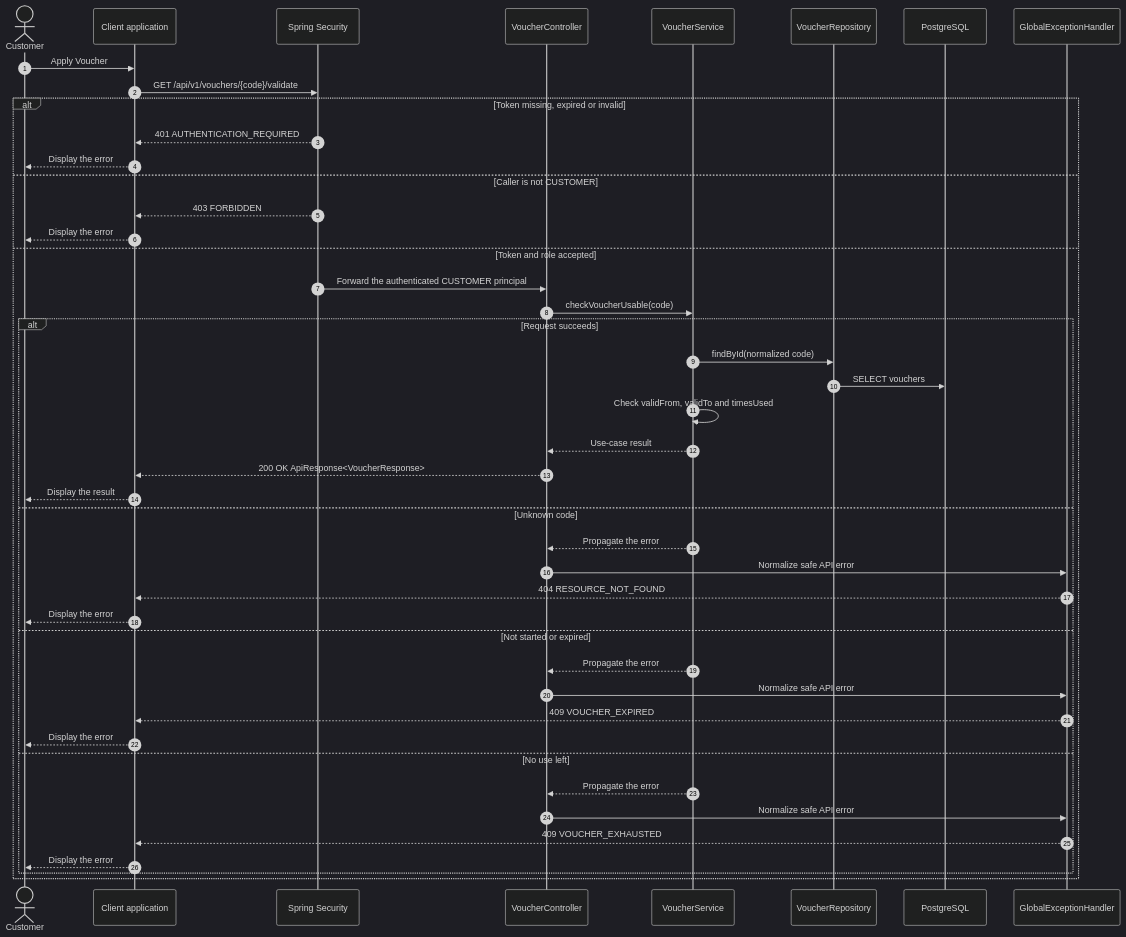
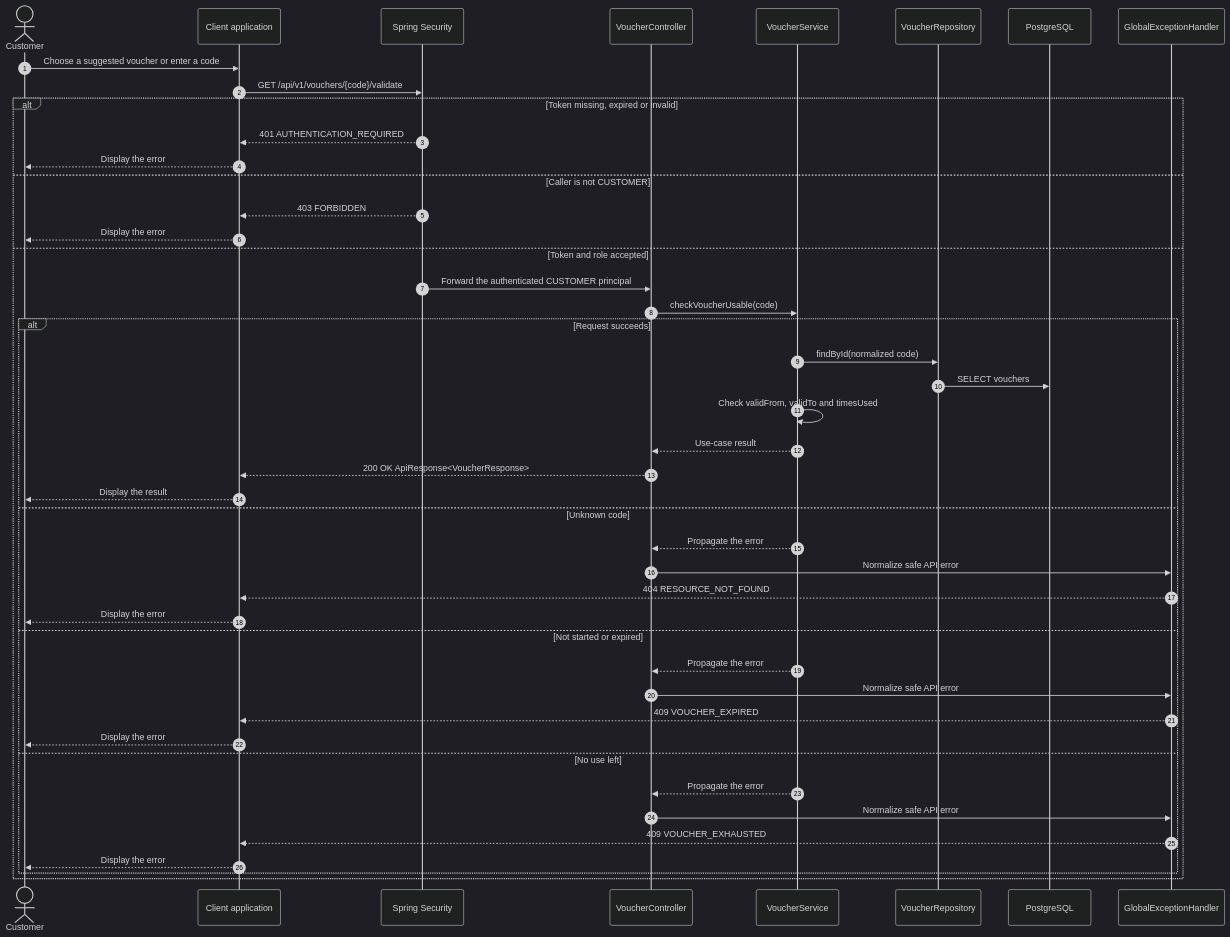
Before and after one commit to e-commercial-marketplace/commerce-platform-docs: the diagram in sequence-diagram/customer/apply-voucher.md, drawn with Mermaid (dark theme). The commit also changed 20 other files, not shown here.

````diff
--- a/sequence-diagram/customer/apply-voucher.md
+++ b/sequence-diagram/customer/apply-voucher.md
@@ -7,47 +7,47 @@
 ```mermaid
 sequenceDiagram
     autonumber
     actor Customer
     participant Client as Client application
     participant Security as Spring Security
     participant Controller as VoucherController
     participant Service as VoucherService
     participant Repo as VoucherRepository
     participant DB as PostgreSQL
     participant Handler as GlobalExceptionHandler
-    Customer->>Client: Apply Voucher
+    Customer->>Client: Choose a suggested voucher or enter a code
     Client->>Security: GET /api/v1/vouchers/{code}/validate
     alt Token missing, expired or invalid
         Security-->>Client: 401 AUTHENTICATION_REQUIRED
         Client-->>Customer: Display the error
     else Caller is not CUSTOMER
         Security-->>Client: 403 FORBIDDEN
         Client-->>Customer: Display the error
     else Token and role accepted
         Security->>Controller: Forward the authenticated CUSTOMER principal
         Controller->>Service: checkVoucherUsable(code)
         alt Request succeeds
             Service->>Repo: findById(normalized code)
             Repo->>DB: SELECT vouchers
             Service->>Service: Check validFrom, validTo and timesUsed
             Service-->>Controller: Use-case result
             Controller-->>Client: 200 OK ApiResponse<VoucherResponse>
             Client-->>Customer: Display the result
         else Unknown code
             Service-->>Controller: Propagate the error
             Controller->>Handler: Normalize safe API error
             Handler-->>Client: 404 RESOURCE_NOT_FOUND
             Client-->>Customer: Display the error
         else Not started or expired
             Service-->>Controller: Propagate the error
             Controller->>Handler: Normalize safe API error
             Handler-->>Client: 409 VOUCHER_EXPIRED
             Client-->>Customer: Display the error
         else No use left
             Service-->>Controller: Propagate the error
             Controller->>Handler: Normalize safe API error
             Handler-->>Client: 409 VOUCHER_EXHAUSTED
             Client-->>Customer: Display the error
         end
     end
 ```
````
